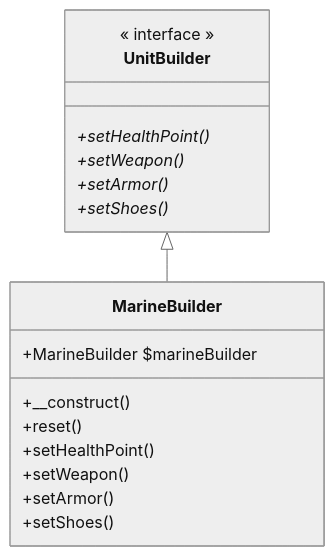
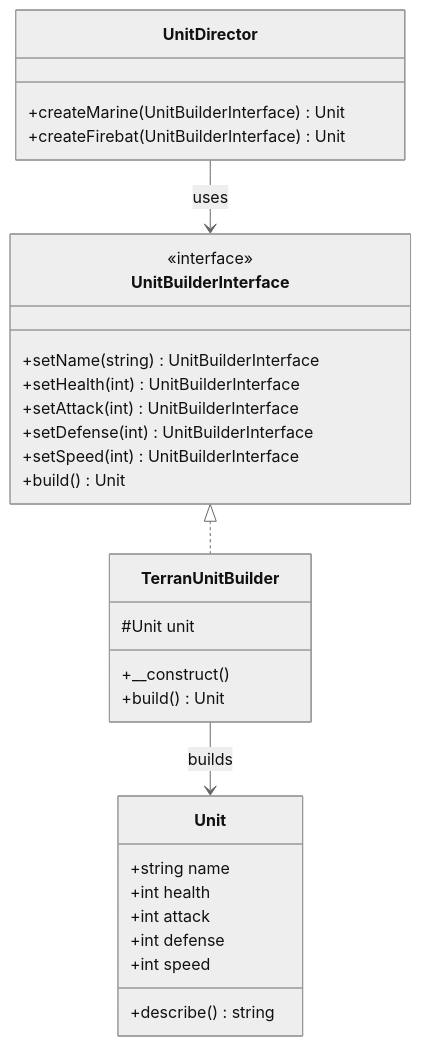
Before and after one commit to YenShiangGao/DesignPatternExample: the diagram in server/Creational/Builder/Readme.md, drawn with Mermaid (neutral theme). The commit also changed 30 other files, not shown here.

````diff
--- a/server/Creational/Builder/Readme.md
+++ b/server/Creational/Builder/Readme.md
@@ -3,21 +3,33 @@
 ```mermaid
 classDiagram
-    UnitBuilder <|-- MarineBuilder
-    
-    class UnitBuilder {
-        << interface >>
-        +setHealthPoint()*
-        +setWeapon()*
-        +setArmor()*
-        +setShoes()*
+    UnitBuilderInterface <|.. TerranUnitBuilder
+    TerranUnitBuilder --> Unit : builds
+    UnitDirector --> UnitBuilderInterface : uses
+
+    class UnitBuilderInterface {
+        <<interface>>
+        +setName(string) UnitBuilderInterface
+        +setHealth(int) UnitBuilderInterface
+        +setAttack(int) UnitBuilderInterface
+        +setDefense(int) UnitBuilderInterface
+        +setSpeed(int) UnitBuilderInterface
+        +build() Unit
     }
-    class MarineBuilder ~SoliderUnitBuilder~ {
-        +MarineBuilder $marineBuilder
+    class TerranUnitBuilder {
+        #Unit unit
         +__construct()
-        +reset()
-        +setHealthPoint()
-        +setWeapon()
-        +setArmor()
-        +setShoes()
+        +build() Unit
+    }
+    class Unit {
+        +string name
+        +int health
+        +int attack
+        +int defense
+        +int speed
+        +describe() string
+    }
+    class UnitDirector {
+        +createMarine(UnitBuilderInterface) Unit
+        +createFirebat(UnitBuilderInterface) Unit
     }
 ```
````
